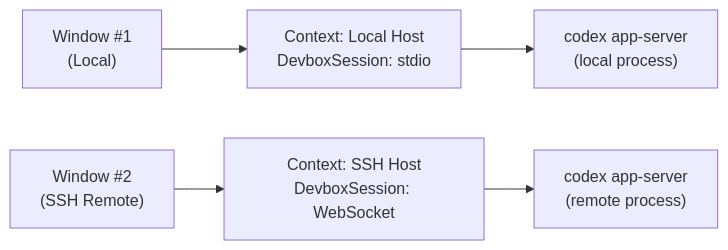
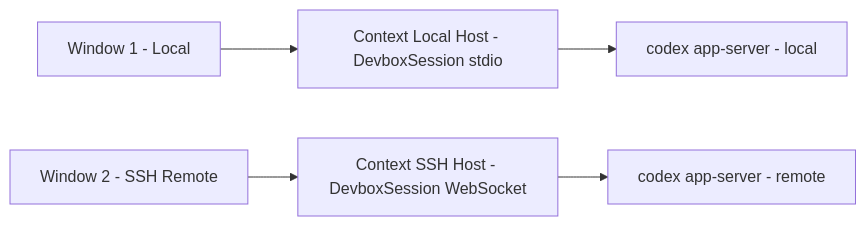
One commit to ChrisFeldmeier/codex-research changed the second of 2 diagrams in 09-window-system.md. Above: the diagram before and after it, drawn with Mermaid. The commit also changed 10 other files, not shown here.

Commit message:
Refactor mermaid diagrams for improved clarity and consistency in label descriptions across various documentation files

````diff
--- a/09-window-system.md
+++ b/09-window-system.md
@@ -49,8 +49,8 @@
 ```mermaid
 flowchart LR
-    W1["Window #1<br/>(Local)"] --> CTX1["Context: Local Host<br/>DevboxSession: stdio"]
-    W2["Window #2<br/>(SSH Remote)"] --> CTX2["Context: SSH Host<br/>DevboxSession: WebSocket"]
+    W1["Window 1 - Local"] --> CTX1["Context Local Host - DevboxSession stdio"]
+    W2["Window 2 - SSH Remote"] --> CTX2["Context SSH Host - DevboxSession WebSocket"]
 
-    CTX1 --> CLI1["codex app-server<br/>(local process)"]
-    CTX2 --> CLI2["codex app-server<br/>(remote process)"]
+    CTX1 --> CLI1["codex app-server - local"]
+    CTX2 --> CLI2["codex app-server - remote"]
 ```
````
